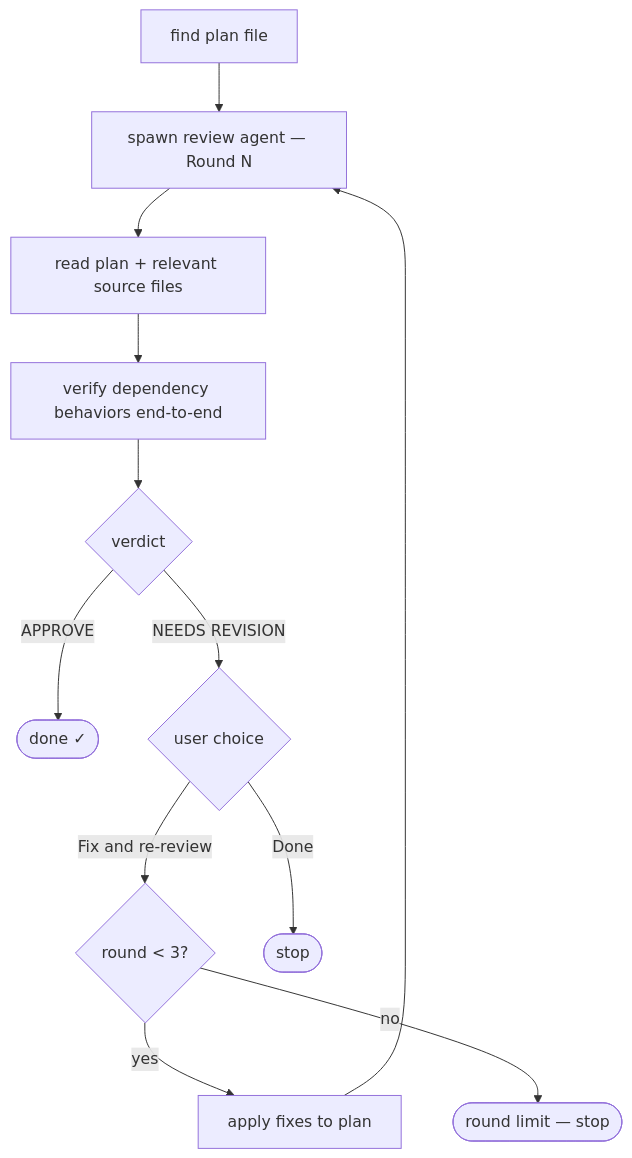
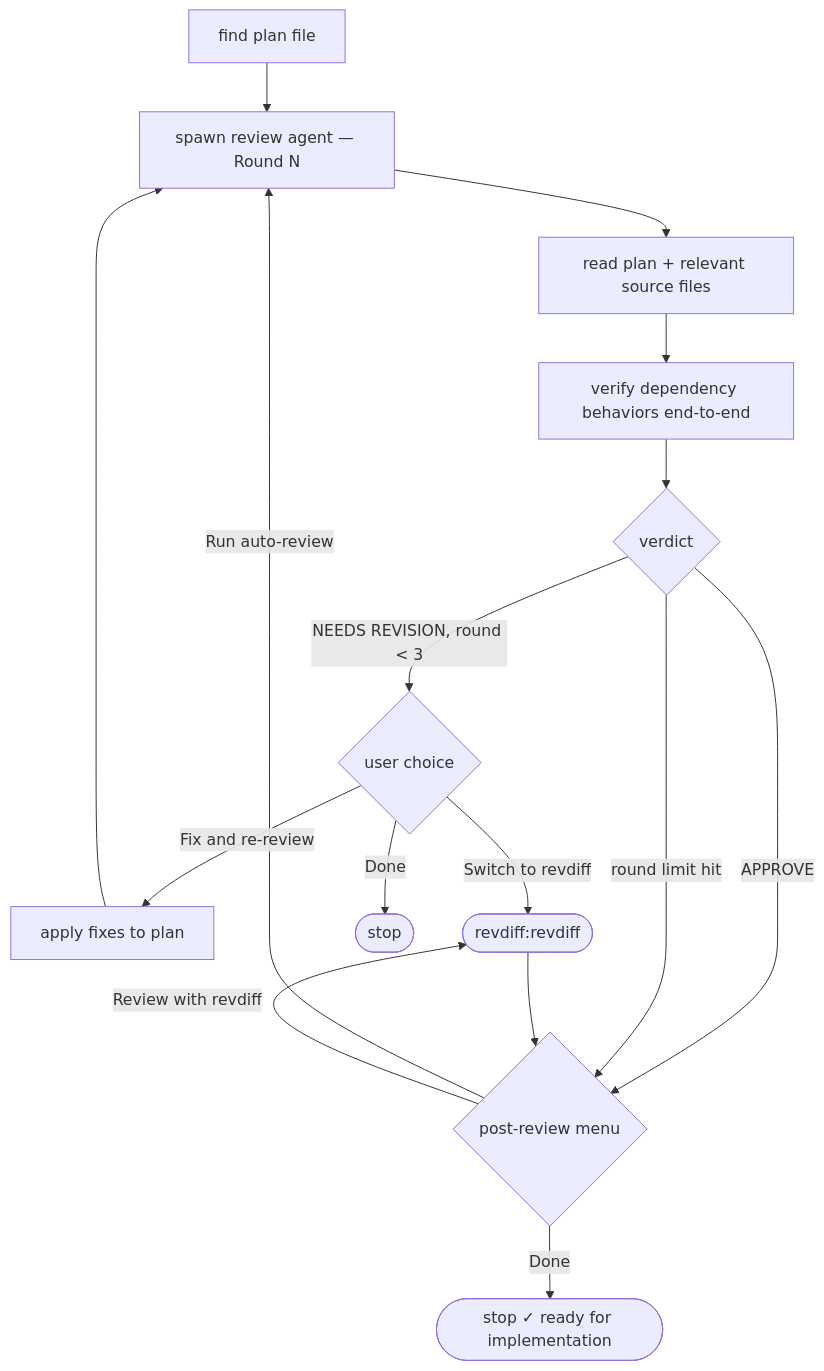
Before and after one commit to parMaster/claude-dlc: the third of 4 diagrams in README.md, drawn with Mermaid. The commit also changed other lines of this file and 3 other files, not shown here.

First line of the commit message:
fix: review-plan loops on a post-review menu instead of stopping silently

````diff
--- a/README.md
+++ b/README.md
@@ -108,14 +108,18 @@
 ```mermaid
 flowchart TD
     A["find plan file"] --> B["spawn review agent — Round N"]
     B --> C["read plan + relevant source files"]
     C --> D["verify dependency behaviors end-to-end"]
     D --> E{"verdict"}
-    E -->|APPROVE| F(["done ✓"])
-    E -->|"NEEDS REVISION"| G{"user choice"}
-    G -->|"Fix and re-review"| H{"round < 3?"}
-    H -->|yes| I["apply fixes to plan"]
-    I --> B
-    H -->|no| J(["round limit — stop"])
-    G -->|Done| K(["stop"])
+    E -->|"NEEDS REVISION, round < 3"| G{"user choice"}
+    G -->|"Fix and re-review"| H["apply fixes to plan"]
+    H --> B
+    G -->|"Switch to revdiff"| RD(["revdiff:revdiff"])
+    G -->|Done| STOP(["stop"])
+    E -->|APPROVE| M{"post-review menu"}
+    E -->|"round limit hit"| M
+    M -->|"Run auto-review"| B
+    M -->|"Review with revdiff"| RD
+    RD --> M
+    M -->|Done| STOP2(["stop ✓ ready for implementation"])
 ```
````
